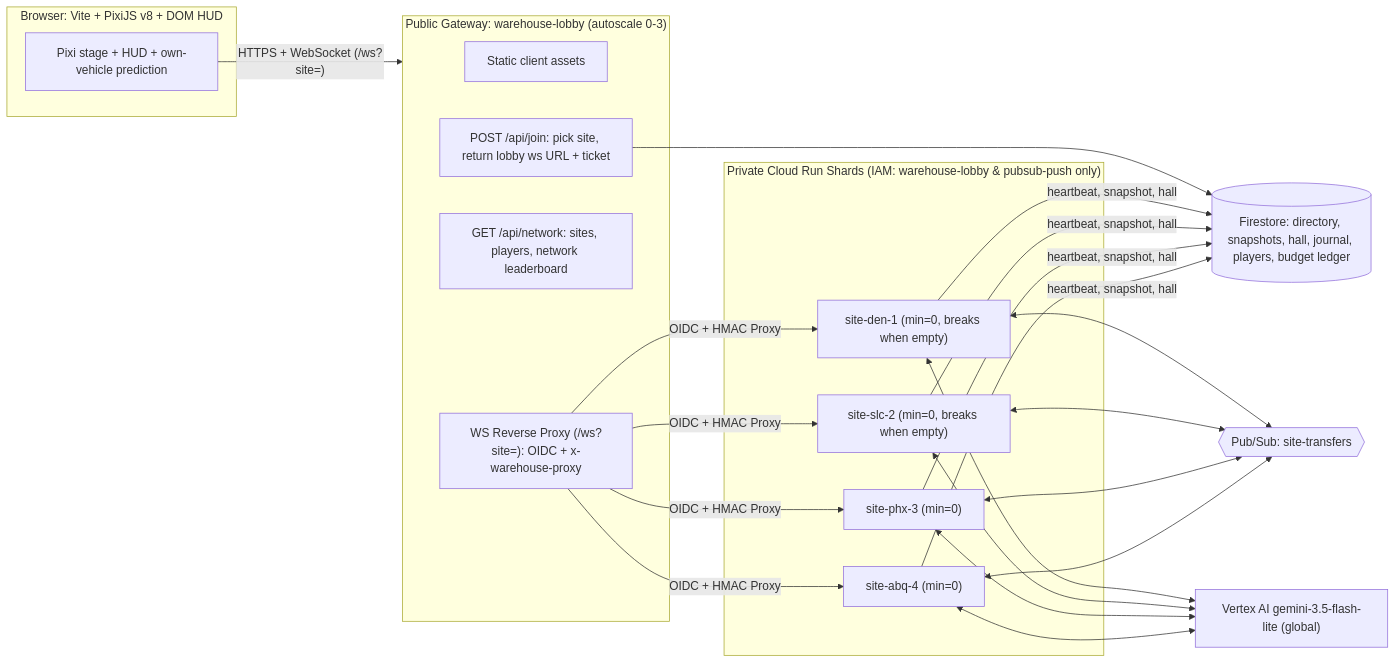
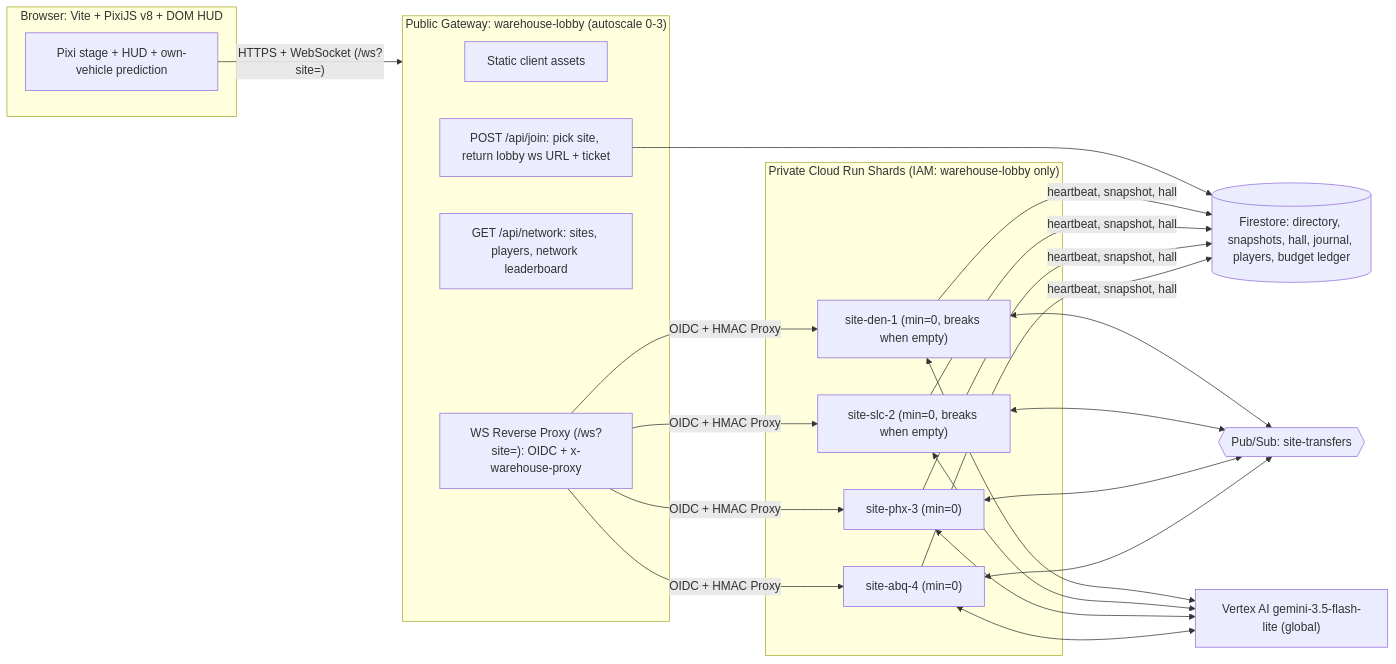
One commit to davenportjw/freightfloor changed the first of 3 diagrams in docs/architecture.md. Above: the diagram before and after it, drawn with Mermaid. The commit also changed other lines of this file and 14 other files, not shown here.

First line of the commit message:
cost: fix Gemini ledger pricing, lean brain schemas, pull transfers, WS deflate, right-size shards, billing export + budget

````diff
--- a/docs/architecture.md
+++ b/docs/architecture.md
@@ -22,27 +22,27 @@
 ```mermaid
 flowchart LR
   subgraph Browser["Browser: Vite + PixiJS v8 + DOM HUD"]
     UI["Pixi stage + HUD + own-vehicle prediction"]
   end
   subgraph Lobby["Public Gateway: warehouse-lobby (autoscale 0-3)"]
     ST["Static client assets"]
     JN["POST /api/join: pick site, return lobby ws URL + ticket"]
     NB["GET /api/network: sites, players, network leaderboard"]
     WSP["WS Reverse Proxy (/ws?site=<siteId>): OIDC + x-warehouse-proxy"]
   end
-  subgraph Shards["Private Cloud Run Shards (IAM: warehouse-lobby & pubsub-push only)"]
+  subgraph Shards["Private Cloud Run Shards (IAM: warehouse-lobby only)"]
     S1["site-den-1 (min=0, breaks when empty)"]
     S2["site-slc-2 (min=0, breaks when empty)"]
     S3["site-phx-3 (min=0)"]
     S4["site-abq-4 (min=0)"]
   end
   FS[("Firestore: directory, snapshots, hall, journal, players, budget ledger")]
   PS{{"Pub/Sub: site-transfers"}}
   GEM["Vertex AI gemini-3.5-flash-lite (global)"]
   UI -- "HTTPS + WebSocket (/ws?site=)" --> Lobby
   WSP -- "OIDC + HMAC Proxy" --> S1 & S2 & S3 & S4
   JN --> FS
   S1 & S2 & S3 & S4 -- "heartbeat, snapshot, hall" --> FS
   S1 & S2 & S3 & S4 <--> PS
   S1 & S2 & S3 & S4 <--> GEM
 ```
````
